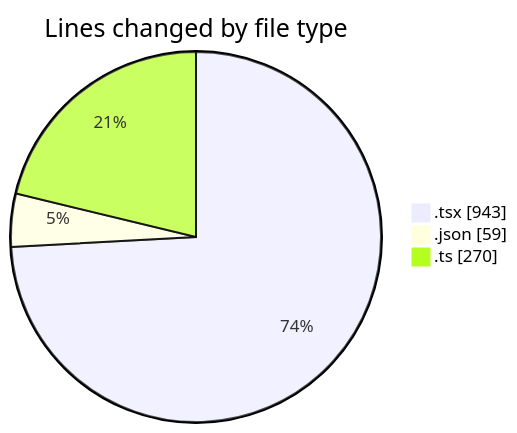
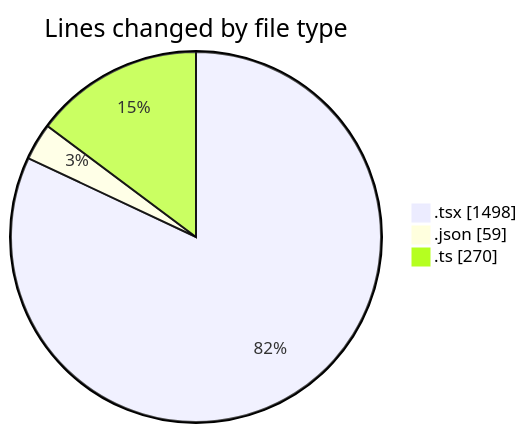
Before and after one commit to momahboobian/code-tracking: the first of 2 diagrams in 2025-11-24/cda/README.md, drawn with Mermaid. The commit also changed other lines of this file and 1 other file, not shown here.

````diff
--- a/2025-11-24/cda/README.md
+++ b/2025-11-24/cda/README.md
@@ -27,7 +28,7 @@
 ```mermaid
 pie showData
 title Lines changed by file type
-".tsx" : 943
+".tsx" : 1498
 ".json" : 59
 ".ts" : 270
 ```
````
